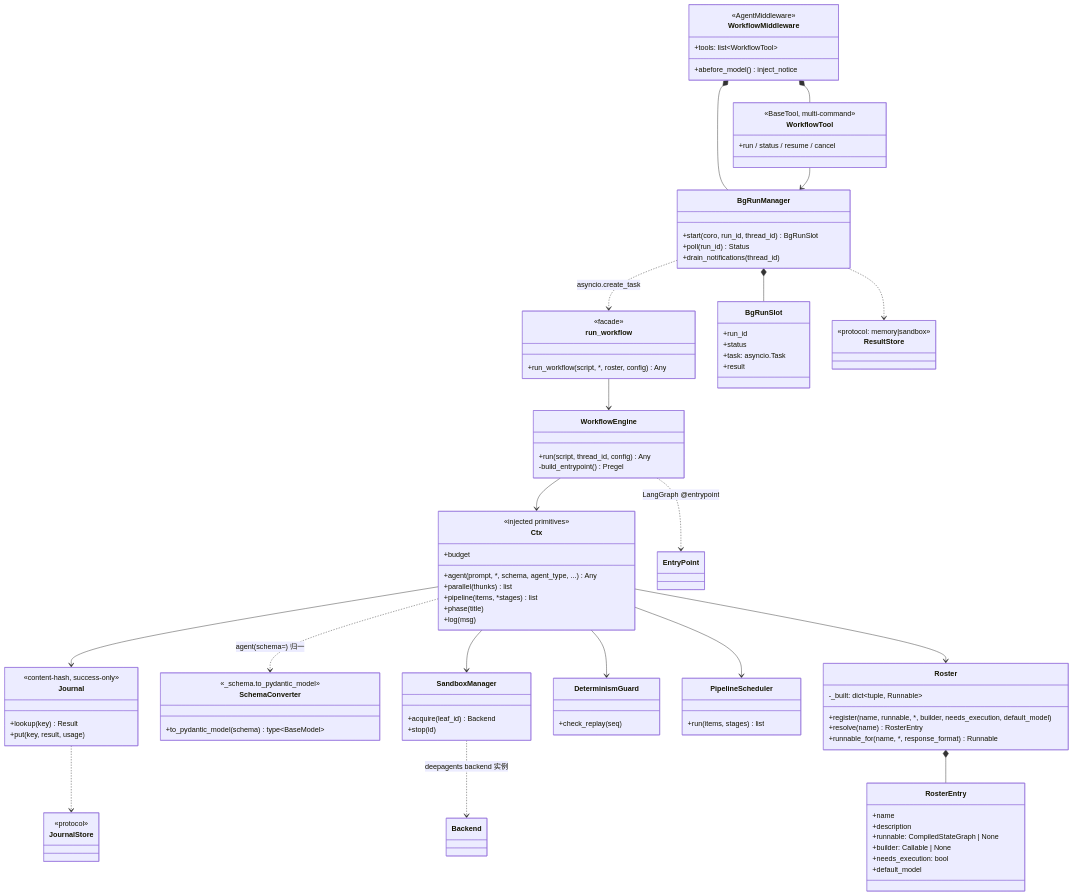
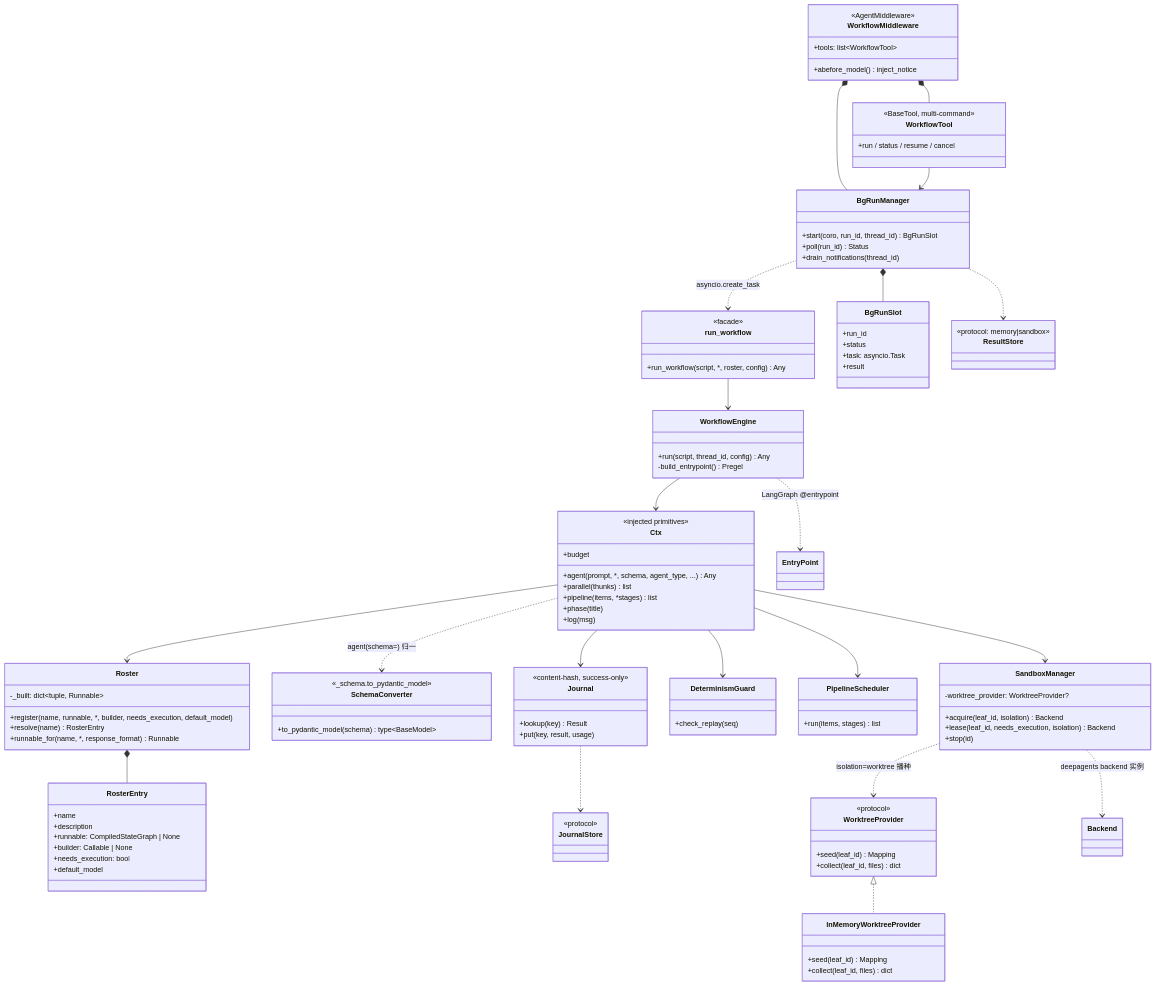
One commit to nemori-ai/langchain-dynamic-workflow changed the diagram in design_docs/uml/02-class.md. Above: the diagram before and after it, drawn with Mermaid. The commit also changed 16 other files, not shown here.

First line of the commit message:
feat(worktree): real isolation="worktree" semantics (G2) (#3)

```diff
--- a/design_docs/uml/02-class.md
+++ b/design_docs/uml/02-class.md
@@ -46,8 +46,19 @@
   class DeterminismGuard { +check_replay(seq) }
   class PipelineScheduler { +run(items, stages) list }
   class SandboxManager {
-    +acquire(leaf_id) Backend
+    +acquire(leaf_id, isolation) Backend
+    +lease(leaf_id, needs_execution, isolation) Backend
     +stop(id)
+    -worktree_provider: WorktreeProvider?
+  }
+  class WorktreeProvider {
+    <<protocol>>
+    +seed(leaf_id) Mapping
+    +collect(leaf_id, files) dict
+  }
+  class InMemoryWorktreeProvider {
+    +seed(leaf_id) Mapping
+    +collect(leaf_id, files) dict
   }
   class WorkflowTool {
     <<BaseTool, multi-command>>
@@ -83,6 +94,8 @@
   Journal ..> JournalStore
   Roster *-- RosterEntry
   SandboxManager ..> Backend : deepagents backend 实例
+  SandboxManager ..> WorktreeProvider : isolation=worktree 播种
+  WorktreeProvider <|.. InMemoryWorktreeProvider
   WorkflowMiddleware *-- WorkflowTool
   WorkflowMiddleware *-- BgRunManager
   WorkflowTool --> BgRunManager
```
